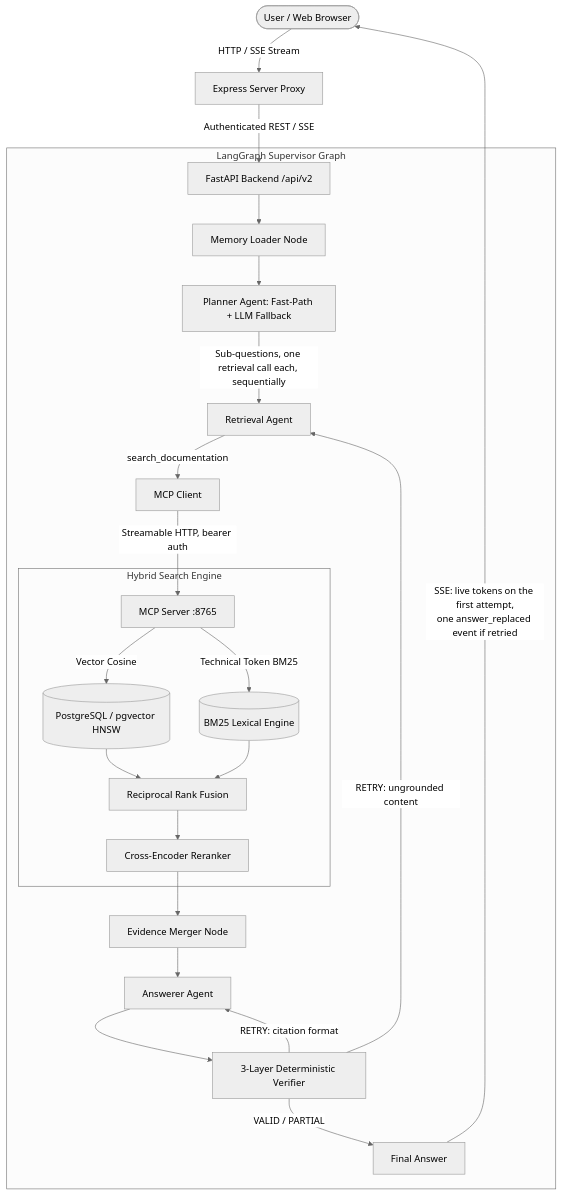
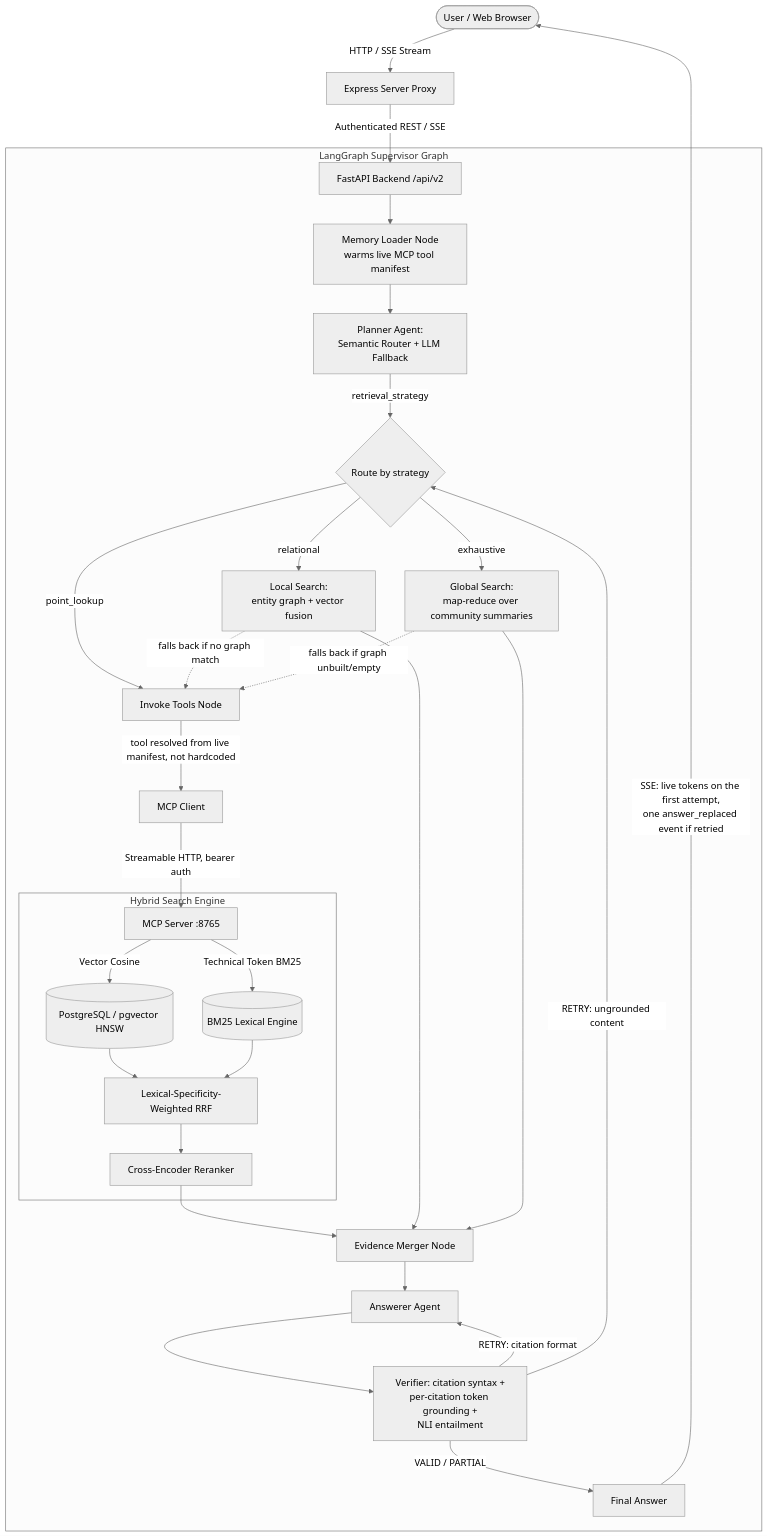
The diagram in README.md (atharva0300/technical-documentation-rag-and-ai-assistant), drawn with Mermaid (neutral theme) before and after one commit. The commit also changed other lines of this file and 3 other files, not shown here.

Commit message:
Update README and API docs for semantic router, GraphRAG-lite, and NLI verifier

````diff
--- a/README.md
+++ b/README.md
@@ -17,34 +21,42 @@
 ```mermaid
 graph TD
     User([User / Web Browser]) -->|HTTP / SSE Stream| Proxy[Express Server Proxy]
     Proxy -->|Authenticated REST / SSE| FastAPI[FastAPI Backend /api/v2]
 
     subgraph "LangGraph Supervisor Graph"
-        FastAPI --> MemoryLoader[Memory Loader Node]
-        MemoryLoader --> Planner[Planner Agent: Fast-Path + LLM Fallback]
+        FastAPI --> MemoryLoader[Memory Loader Node<br/>warms live MCP tool manifest]
+        MemoryLoader --> Planner[Planner Agent:<br/>Semantic Router + LLM Fallback]
 
-        Planner -->|Sub-questions, one retrieval call each, sequentially| Retriever[Retrieval Agent]
+        Planner -->|retrieval_strategy| Route{Route by strategy}
+        Route -->|point_lookup| InvokeTools[Invoke Tools Node]
+        Route -->|relational| LocalSearch[Local Search:<br/>entity graph + vector fusion]
+        Route -->|exhaustive| GlobalSearch[Global Search:<br/>map-reduce over community summaries]
 
-        Retriever -->|search_documentation| MCPClient[MCP Client]
+        InvokeTools -->|tool resolved from live manifest, not hardcoded| MCPClient[MCP Client]
         MCPClient -->|Streamable HTTP, bearer auth| MCPServer[MCP Server :8765]
 
         subgraph "Hybrid Search Engine"
             MCPServer -->|Vector Cosine| PGVector[(PostgreSQL / pgvector HNSW)]
             MCPServer -->|Technical Token BM25| BM25[(BM25 Lexical Engine)]
 
-            PGVector --> RRF[Reciprocal Rank Fusion]
+            PGVector --> RRF[Lexical-Specificity-Weighted RRF]
             BM25 --> RRF
             RRF --> Reranker[Cross-Encoder Reranker]
         end
 
+        LocalSearch -.->|falls back if no graph match| InvokeTools
+        GlobalSearch -.->|falls back if graph unbuilt/empty| InvokeTools
+
         Reranker --> Merger[Evidence Merger Node]
+        LocalSearch --> Merger
+        GlobalSearch --> Merger
         Merger --> Answerer[Answerer Agent]
-        Answerer --> Verifier[3-Layer Deterministic Verifier]
+        Answerer --> Verifier[Verifier: citation syntax +<br/>per-citation token grounding +<br/>NLI entailment]
 
         Verifier -->|VALID / PARTIAL| Finish[Final Answer]
         Verifier -->|RETRY: citation format| Answerer
-        Verifier -->|RETRY: ungrounded content| Retriever
+        Verifier -->|RETRY: ungrounded content| Route
     end
 
     Finish -->|SSE: live tokens on the first attempt,<br/>one answer_replaced event if retried| User
 ```
````
